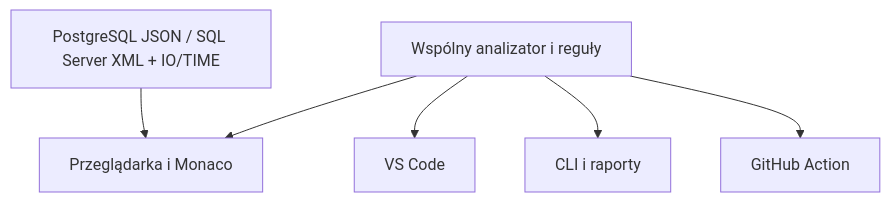
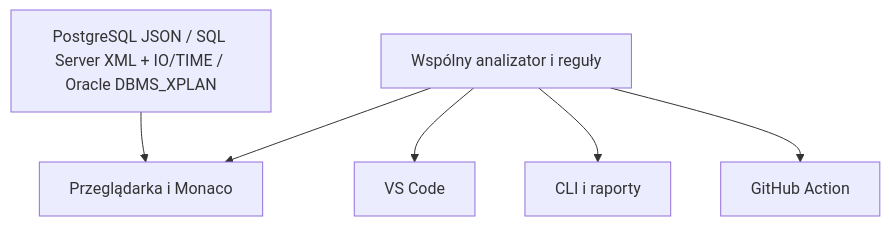
The diagram in README.pl.md (milekv/sql-atlas), drawn with Mermaid before and after one commit. The commit also changed other lines of this file and 20 other files, not shown here.

Commit message:
Add Oracle XPLAN importer and measured embedded PostgreSQL benchmark

````diff
--- a/README.pl.md
+++ b/README.pl.md
@@ -106,8 +106,8 @@
 ```mermaid
 flowchart TD
   C["Wspólny analizator i reguły"] --> W["Przeglądarka i Monaco"]
   C --> V["VS Code"]
   C --> L["CLI i raporty"]
   C --> A["GitHub Action"]
-  P["PostgreSQL JSON / SQL Server XML + IO/TIME"] --> W
+  P["PostgreSQL JSON / SQL Server XML + IO/TIME / Oracle DBMS_XPLAN"] --> W
 ```
````
